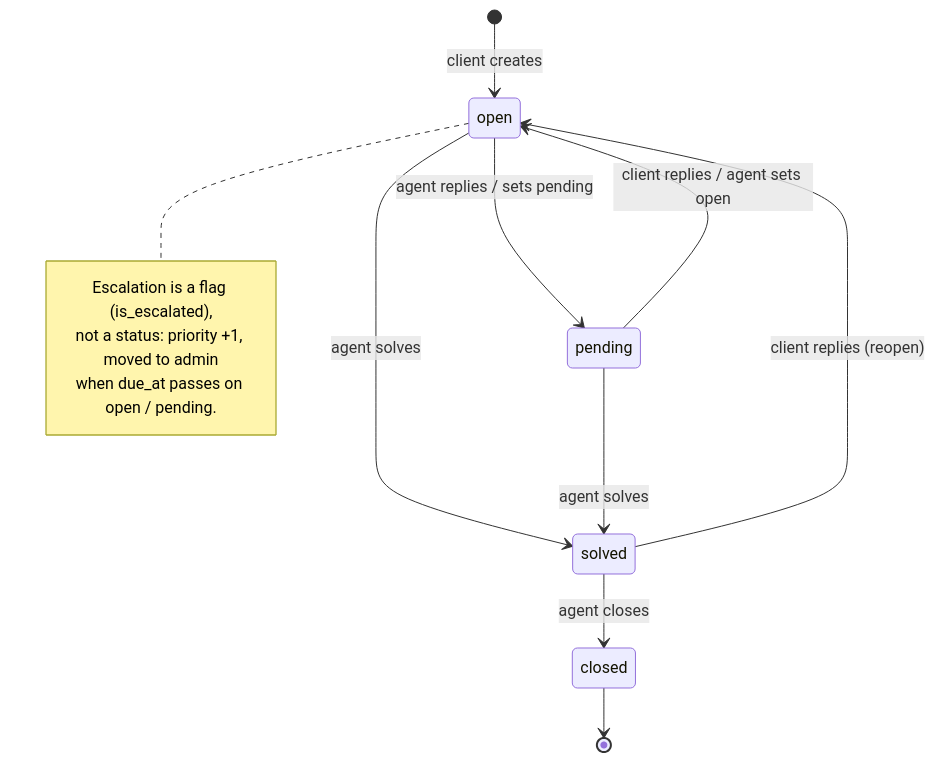
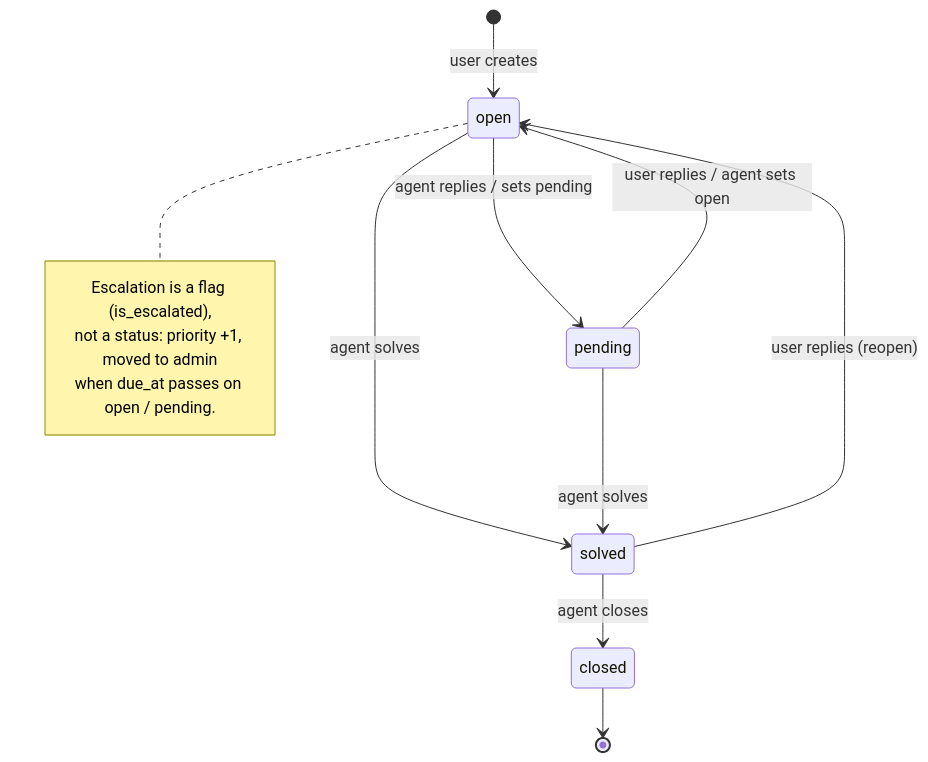
One commit to mrujoshi/zendesk changed the fifth of 5 diagrams in ERD.md. Above: the diagram before and after it, drawn with Mermaid. The commit also changed other lines of this file, not shown here.

First line of the commit message:
ERD: update all diagrams to the current model

````diff
--- a/ERD.md
+++ b/ERD.md
@@ -260,17 +298,17 @@
 ```mermaid
 stateDiagram-v2
-    [*] --> open: client creates
+    [*] --> open: user creates
     open --> pending: agent replies / sets pending
-    pending --> open: client replies / agent sets open
+    pending --> open: user replies / agent sets open
     open --> solved: agent solves
     pending --> solved: agent solves
-    solved --> open: client replies (reopen)
+    solved --> open: user replies (reopen)
     solved --> closed: agent closes
     closed --> [*]
 
     note right of open
         Escalation is a flag (is_escalated),
         not a status: priority +1, moved to admin
         when due_at passes on open / pending.
     end note
 ```
````
